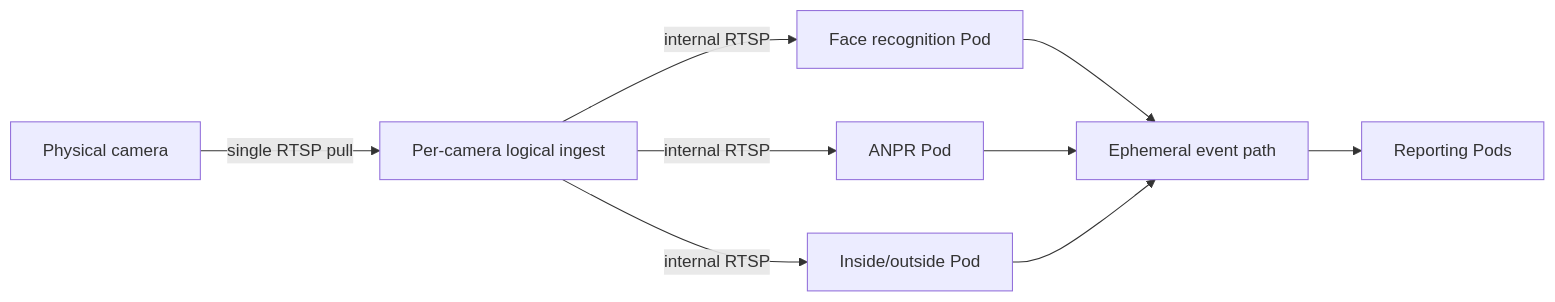
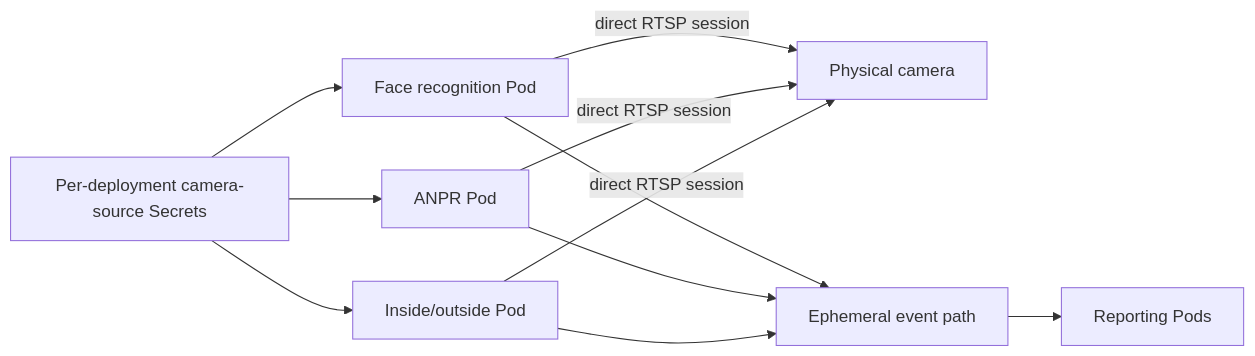
The fourth of 4 diagrams in HLD.md (sayandip-apexflo/tvt-prototype), drawn with Mermaid before and after one commit. The commit also changed other lines of this file and 42 other files, not shown here.

````diff
--- a/HLD.md
+++ b/HLD.md
@@ -375,11 +389,13 @@
 ```mermaid
 flowchart LR
-    Camera[Physical camera] -->|single RTSP pull| Ingest[Per-camera logical ingest]
-    Ingest -->|internal RTSP| Face[Face recognition Pod]
-    Ingest -->|internal RTSP| ANPR[ANPR Pod]
-    Ingest -->|internal RTSP| Presence[Inside/outside Pod]
+    Secrets[Per-deployment camera-source Secrets] --> Face[Face recognition Pod]
+    Secrets --> ANPR[ANPR Pod]
+    Secrets --> Presence[Inside/outside Pod]
+    Face -->|direct RTSP session| Camera[Physical camera]
+    ANPR -->|direct RTSP session| Camera
+    Presence -->|direct RTSP session| Camera
     Face --> Events[Ephemeral event path]
     ANPR --> Events
     Presence --> Events
     Events --> Reports[Reporting Pods]
 ```
````
